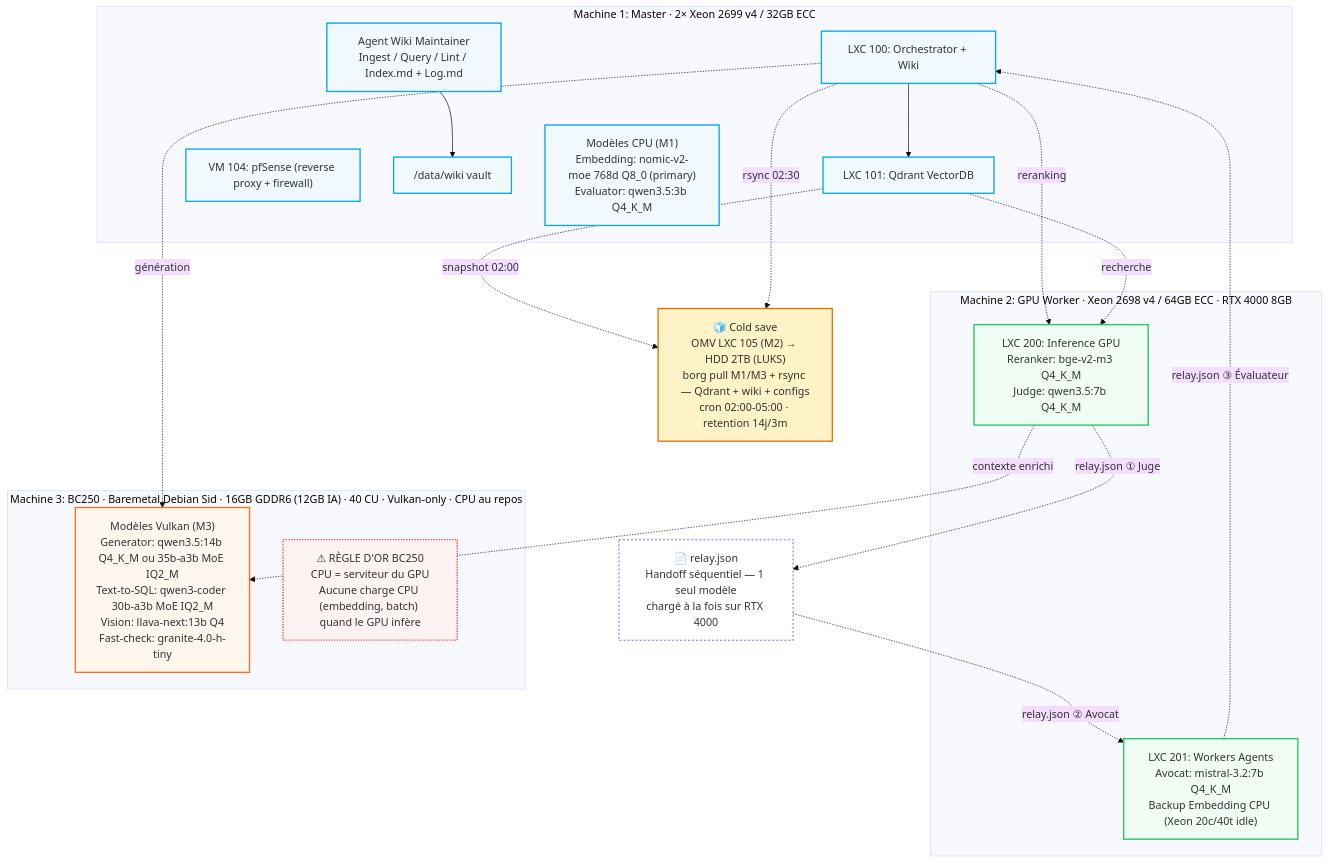
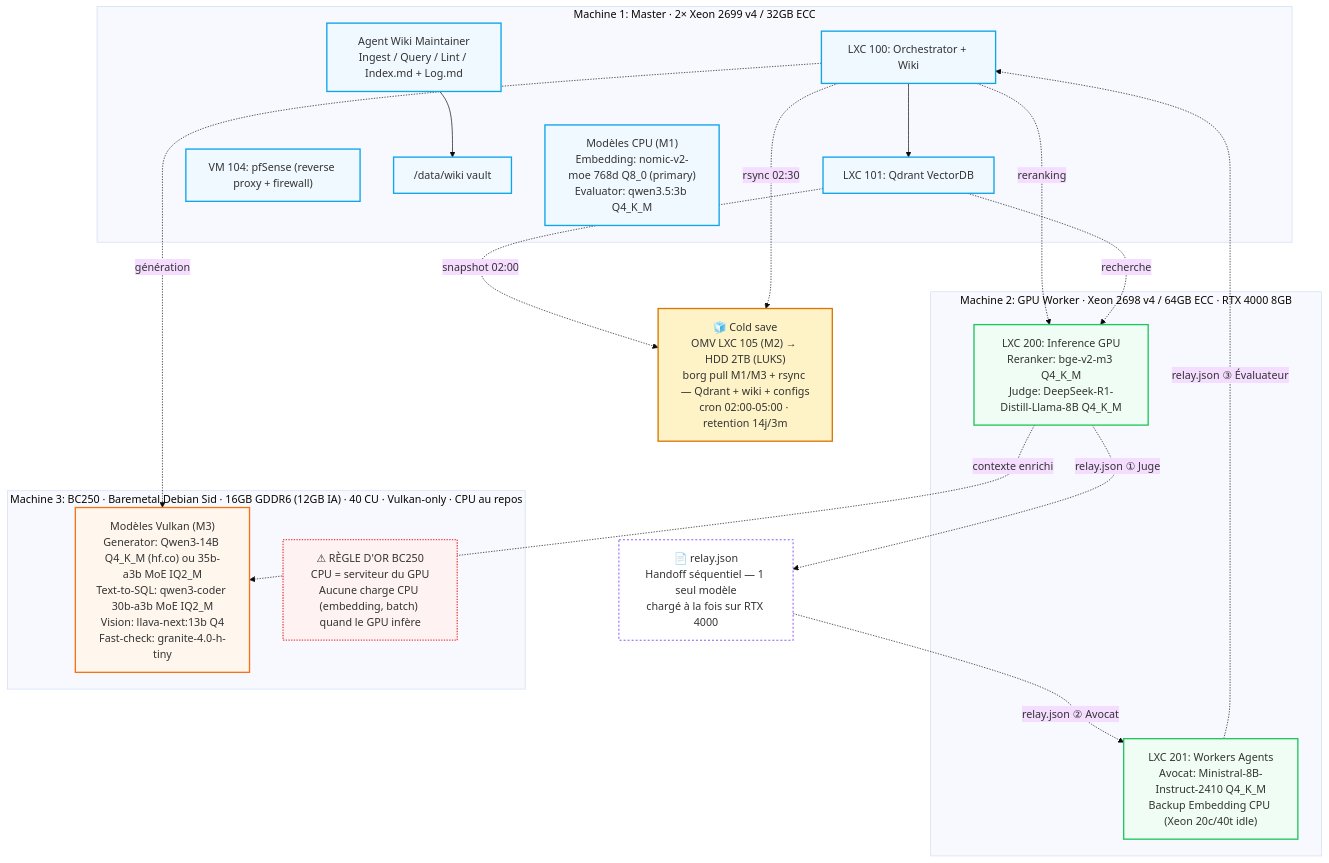
Before and after one commit to chelmooz/rag-multi-agent-cluster: the second of 2 diagrams in docs/architecture.md, drawn with Mermaid (base theme). The commit also changed other lines of this file and 5 other files, not shown here.

Commit message:
feat(models): Hugging Face-only Q4_K_M for Generator/Judge/Advocate (C4.1) + fix broken mistral-small-3.2:7b default

````diff
--- a/docs/architecture.md
+++ b/docs/architecture.md
@@ -83,44 +83,44 @@
 ```mermaid
 flowchart TB
     classDef m1 fill:#f0f9ff,stroke:#0ea5e9,stroke-width:2px
     classDef m2 fill:#f0fdf4,stroke:#22c55e,stroke-width:2px
     classDef m3 fill:#fff7ed,stroke:#f97316,stroke-width:2px
     classDef warn fill:#fef2f2,stroke:#ef4444,stroke-width:2px,stroke-dasharray: 2 2
     classDef cold fill:#fef3c7,stroke:#d97706,stroke-width:2px
     classDef op fill:#ffffff,stroke:#8b5cf6,stroke-width:1.5px,stroke-dasharray: 3 3
 
     subgraph Machine1["Machine 1: Master · 2× Xeon 2699 v4 / 32GB ECC"]
         M1_100["LXC 100: Orchestrator + Wiki"]:::m1
         M1_101["LXC 101: Qdrant VectorDB"]:::m1
         M1_104["VM 104: pfSense (reverse proxy + firewall)"]:::m1
         M1_vault["/data/wiki vault"]:::m1
         M1_models["Modèles CPU (M1)<br/>Embedding: nomic-v2-moe 768d Q8_0 (primary)<br/>Evaluator: qwen3.5:3b Q4_K_M"]:::m1
         M1_wiki["Agent Wiki Maintainer<br/>Ingest / Query / Lint / Index.md + Log.md"]:::m1
     end
 
     subgraph Machine2["Machine 2: GPU Worker · Xeon 2698 v4 / 64GB ECC · RTX 4000 8GB"]
-        M2_200["LXC 200: Inference GPU<br/>Reranker: bge-v2-m3 Q4_K_M<br/>Judge: qwen3.5:7b Q4_K_M"]:::m2
-        M2_201["LXC 201: Workers Agents<br/>Avocat: mistral-3.2:7b Q4_K_M<br/>Backup Embedding CPU (Xeon 20c/40t idle)"]:::m2
+        M2_200["LXC 200: Inference GPU<br/>Reranker: bge-v2-m3 Q4_K_M<br/>Judge: DeepSeek-R1-Distill-Llama-8B Q4_K_M"]:::m2
+        M2_201["LXC 201: Workers Agents<br/>Avocat: Ministral-8B-Instruct-2410 Q4_K_M<br/>Backup Embedding CPU (Xeon 20c/40t idle)"]:::m2
     end
 
     subgraph Machine3["Machine 3: BC250 · Baremetal Debian Sid · 16GB GDDR6 (12GB IA) · 40 CU · Vulkan-only · CPU au repos"]
-        M3_models["Modèles Vulkan (M3)<br/>Generator: qwen3.5:14b Q4_K_M ou 35b-a3b MoE IQ2_M<br/>Text-to-SQL: qwen3-coder 30b-a3b MoE IQ2_M<br/>Vision: llava-next:13b Q4<br/>Fast-check: granite-4.0-h-tiny"]:::m3
+        M3_models["Modèles Vulkan (M3)<br/>Generator: Qwen3-14B Q4_K_M (hf.co) ou 35b-a3b MoE IQ2_M<br/>Text-to-SQL: qwen3-coder 30b-a3b MoE IQ2_M<br/>Vision: llava-next:13b Q4<br/>Fast-check: granite-4.0-h-tiny"]:::m3
         M3_warn["⚠ RÈGLE D'OR BC250<br/>CPU = serviteur du GPU<br/>Aucune charge CPU (embedding, batch) quand le GPU infère"]:::warn
     end
 
     Relay["📄 relay.json<br/>Handoff séquentiel — 1 seul modèle<br/>chargé à la fois sur RTX 4000"]:::op
 
     Cold["🧊 Cold save<br/>OMV LXC 105 (M2) → HDD 2TB (LUKS)<br/>borg pull M1/M3 + rsync — Qdrant + wiki + configs<br/>cron 02:00-05:00 · retention 14j/3m"]:::cold
 
     M1_100 --> M1_101
     M1_wiki --> M1_vault
     M1_100 -.->|reranking| M2_200
     M1_101 -.->|recherche| M2_200
     M2_200 -.->|relay.json ① Juge| Relay
     Relay -.->|relay.json ② Avocat| M2_201
     M2_201 -.->|relay.json ③ Évaluateur| M1_100
     M1_100 -.->|génération| M3_models
     M2_200 -.->|contexte enrichi| M3_models
     M1_101 -.->|snapshot 02:00| Cold
     M1_100 -.->|rsync 02:30| Cold
 ```
````
